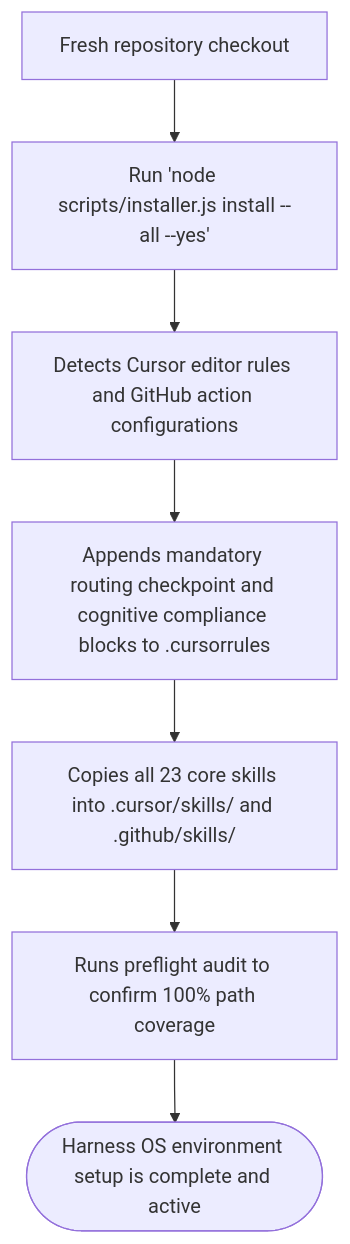
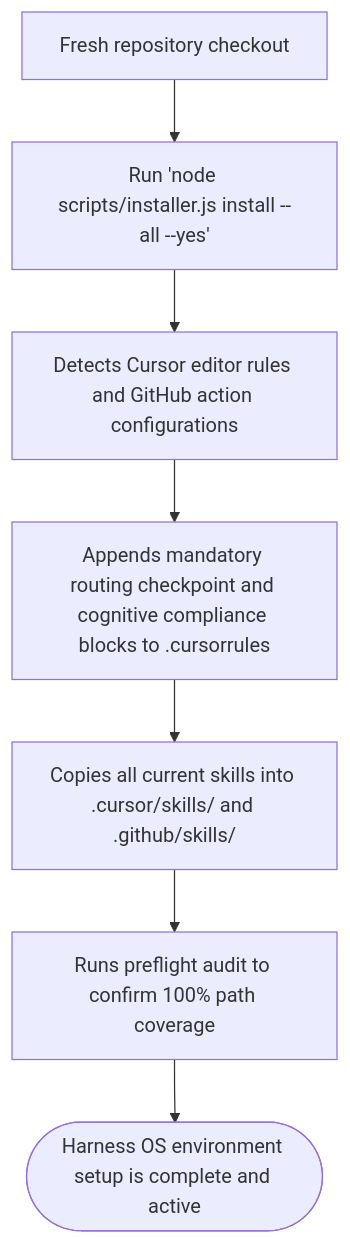
The third of 3 diagrams in docs/workflows/install-cognitive-os.md (dyphn1/Harness-everything), drawn with Mermaid before and after one commit. The commit also changed 59 other files, not shown here.

````diff
--- a/docs/workflows/install-cognitive-os.md
+++ b/docs/workflows/install-cognitive-os.md
@@ -42,9 +42,9 @@
 ```mermaid
 graph TD
   Start["Fresh repository checkout"] --> Trigger["Run 'node scripts/installer.js install --all --yes'"]
   Trigger --> Scan["Detects Cursor editor rules and GitHub action configurations"]
   Scan --> BuildAdvisory["Appends mandatory routing checkpoint and cognitive compliance blocks to .cursorrules"]
-  BuildAdvisory --> CopySkills["Copies all 23 core skills into .cursor/skills/ and .github/skills/"]
+  BuildAdvisory --> CopySkills["Copies all current skills into .cursor/skills/ and .github/skills/"]
   CopySkills --> CheckHeal["Runs preflight audit to confirm 100% path coverage"]
   CheckHeal --> Done([Harness OS environment setup is complete and active])
 ```
````
